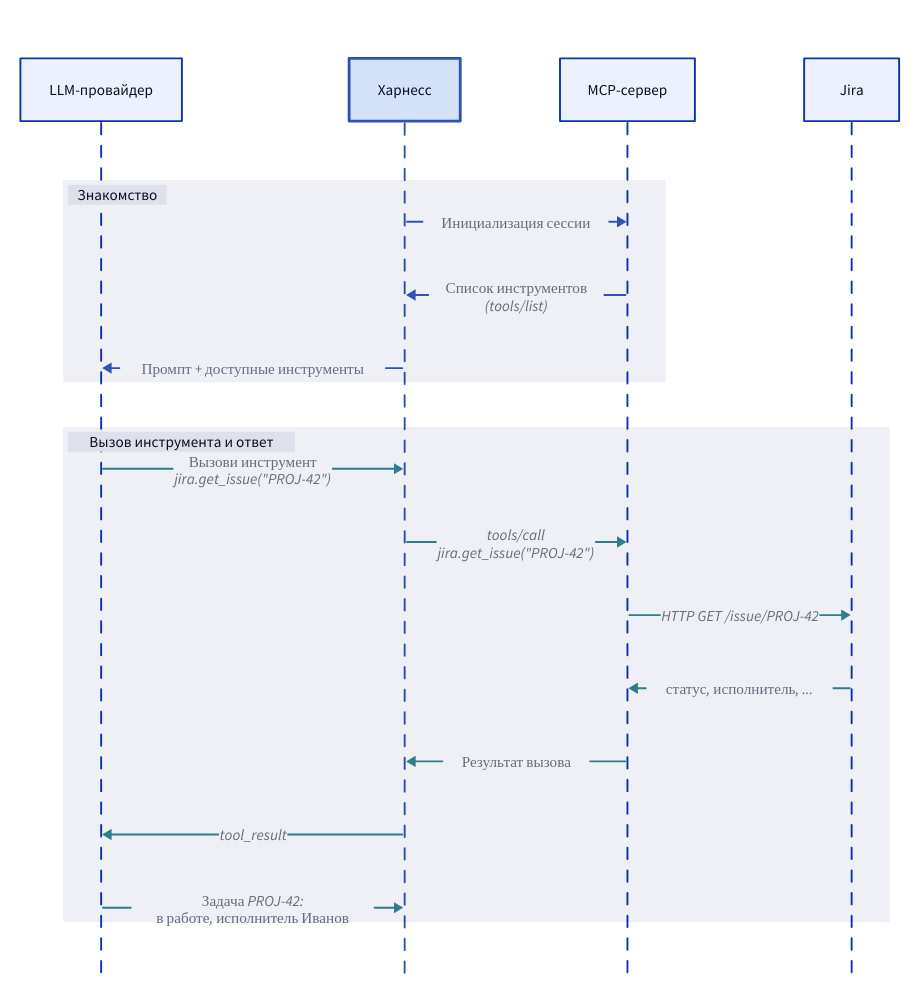
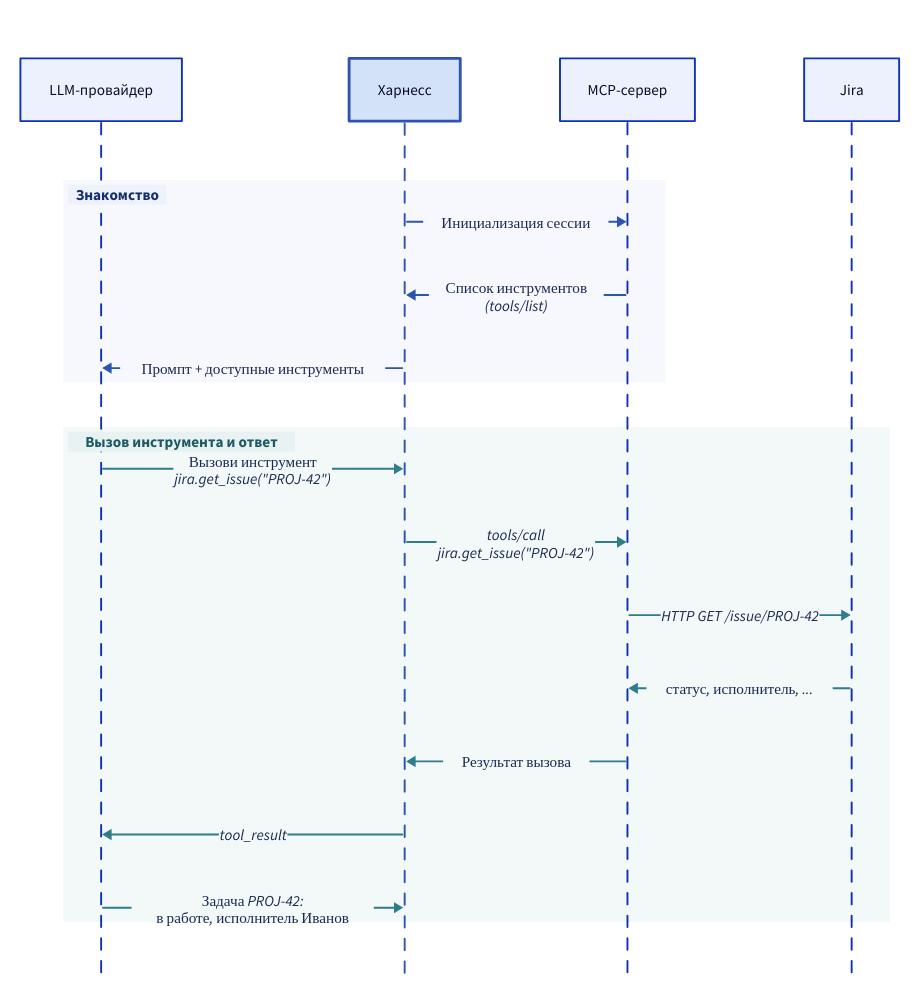
Before and after one commit to human-turn/human-turn.github.io: the first of 2 diagrams in src/content/docs/mcp/index.mdx, drawn with D2. The commit also changed other lines of this file and 2 other files, not shown here.

First line of the commit message:
feat(d2): MCP-серверы как субпроцессы на схеме + конвенции в скилл

````diff
--- a/src/content/docs/mcp/index.mdx
+++ b/src/content/docs/mcp/index.mdx
@@ -39,53 +39,69 @@
 ```d2
 flow: "" {
   shape: sequence_diagram
 
   llm: LLM-провайдер
   harness: Харнесс
   mcp: MCP-сервер
   jira: Jira
 
   # ── Фаза 1: Знакомство ──
   discovery: Знакомство {
+    style.fill: "#eef2fb"
+    style.font-color: "#16306f"
+    style.bold: true
     harness -> mcp: Инициализация сессии {
       style.stroke: "#2f54b0"
+      style.font-color: "#1c2a52"
     }
     mcp -> harness: Список инструментов\n(tools/list) {
       style.stroke: "#2f54b0"
+      style.font-color: "#1c2a52"
     }
     harness -> llm: Промпт + доступные инструменты {
       style.stroke: "#2f54b0"
+      style.font-color: "#1c2a52"
     }
   }
 
   # ── Фаза 2: Вызов инструмента и ответ ──
   call: Вызов инструмента и ответ {
+    style.fill: "#e8f2f2"
+    style.font-color: "#1d5a64"
+    style.bold: true
     llm -> harness: Вызови инструмент\njira.get_issue("PROJ-42") {
       style.stroke: "#2d7d8a"
+      style.font-color: "#1c2a52"
     }
     harness -> mcp: tools/call\njira.get_issue("PROJ-42") {
       style.stroke: "#2d7d8a"
+      style.font-color: "#1c2a52"
     }
     mcp -> jira: HTTP GET /issue/PROJ-42 {
       style.stroke: "#2d7d8a"
+      style.font-color: "#1c2a52"
     }
     jira -> mcp: статус, исполнитель, ... {
       style.stroke: "#2d7d8a"
+      style.font-color: "#1c2a52"
     }
     mcp -> harness: Результат вызова {
       style.stroke: "#2d7d8a"
+      style.font-color: "#1c2a52"
     }
     harness -> llm: tool_result {
       style.stroke: "#2d7d8a"
+      style.font-color: "#1c2a52"
     }
     llm -> harness: Задача PROJ-42:\nв работе, исполнитель Иванов {
       style.stroke: "#2d7d8a"
+      style.font-color: "#1c2a52"
     }
   }
 }
 
 # Харнесс — оркестратор, выделяем
 flow.harness.style.fill: "#d3e1f9"
 flow.harness.style.stroke: "#2f54b0"
 flow.harness.style.stroke-width: 3
 ```
````
